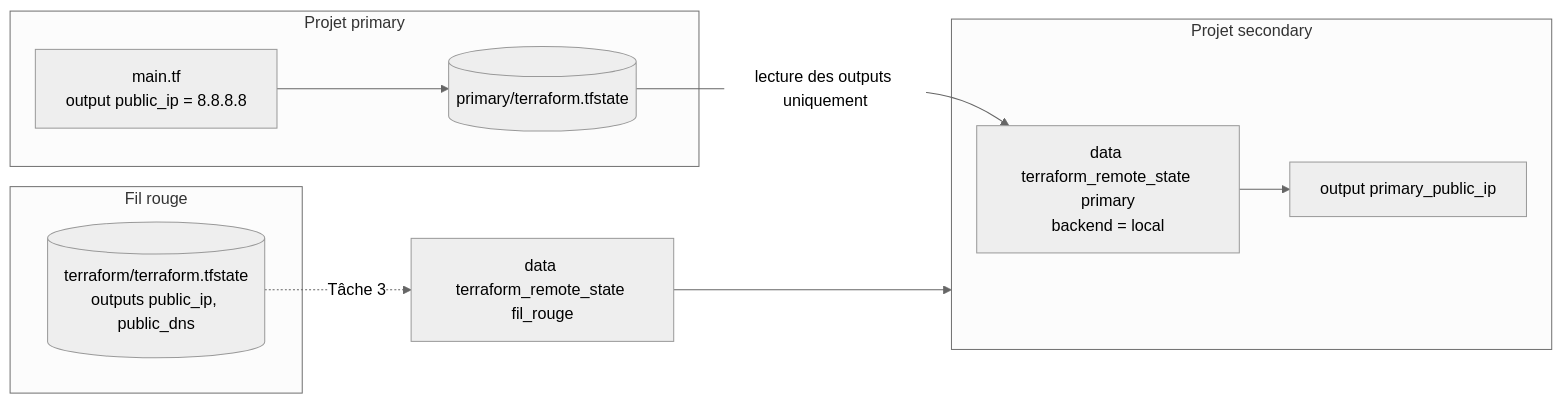
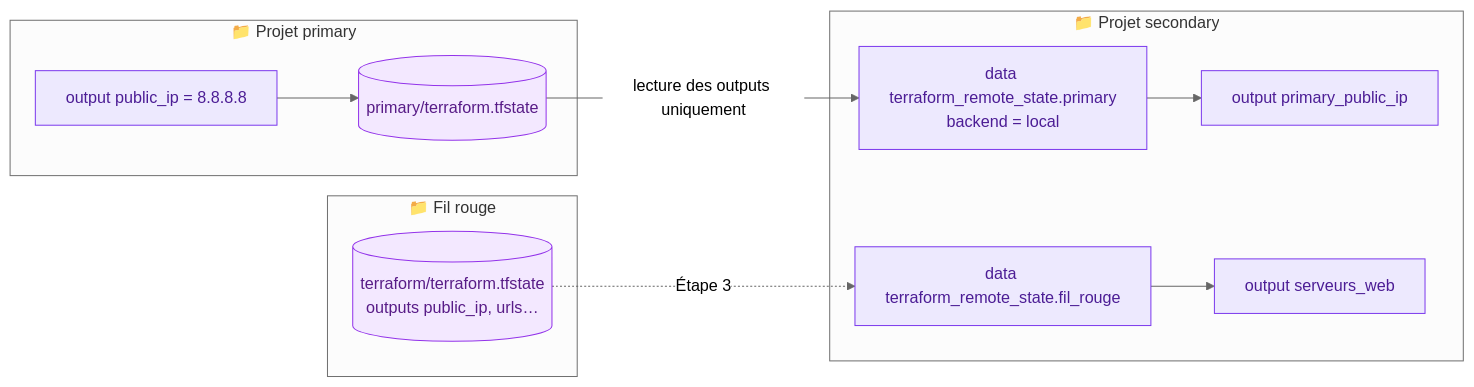
Before and after one commit to hajjiBel/terraform-azure-labs: the diagram in lab10-lecture-state.md, drawn with Mermaid (neutral theme). The commit also changed other lines of this file and 158 other files, not shown here.

````diff
--- a/lab10-lecture-state.md
+++ b/lab10-lecture-state.md
@@ -13,14 +21,17 @@
 ```mermaid
 flowchart LR
-    subgraph P["Projet primary"]
-        PM["main.tf<br/>output public_ip = 8.8.8.8"] --> PS[("primary/terraform.tfstate")]
+    subgraph P["📁 Projet primary"]
+        PM["output public_ip = 8.8.8.8"]:::tf --> PS[("primary/terraform.tfstate")]:::state
     end
-    subgraph S["Projet secondary"]
-        DS["data terraform_remote_state primary<br/>backend = local"] --> SO["output primary_public_ip"]
+    subgraph S["📁 Projet secondary"]
+        DS["data terraform_remote_state.primary<br/>backend = local"]:::tf --> SO["output primary_public_ip"]:::tf
+        DS2["data terraform_remote_state.fil_rouge"]:::tf --> SO2["output serveurs_web"]:::tf
     end
     PS -- "lecture des outputs uniquement" --> DS
-    subgraph F["Fil rouge"]
-        FS[("terraform/terraform.tfstate<br/>outputs public_ip, public_dns")]
+    subgraph F["📁 Fil rouge"]
+        FS[("terraform/terraform.tfstate<br/>outputs public_ip, urls…")]:::state
     end
-    FS -. "Tâche 3" .-> DS2["data terraform_remote_state fil_rouge"] --> S
+    FS -. "Étape 3" .-> DS2
+    classDef tf fill:#ede9fe,stroke:#7c3aed,color:#4c1d95
+    classDef state fill:#f3e8ff,stroke:#9333ea,color:#581c87
 ```
````
